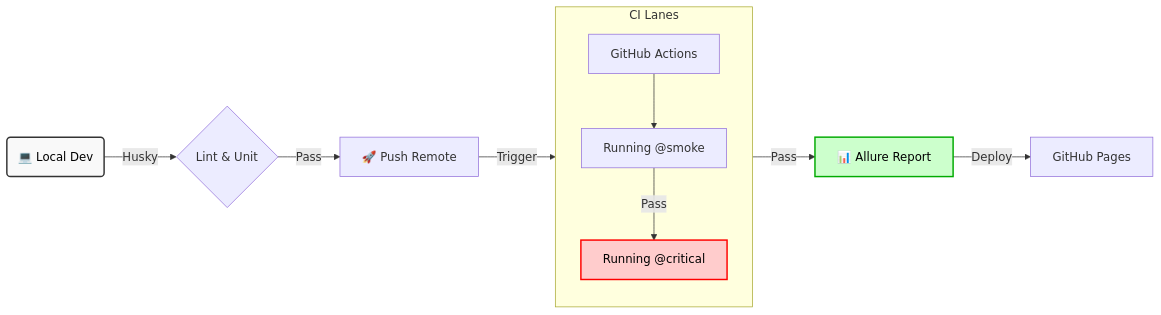
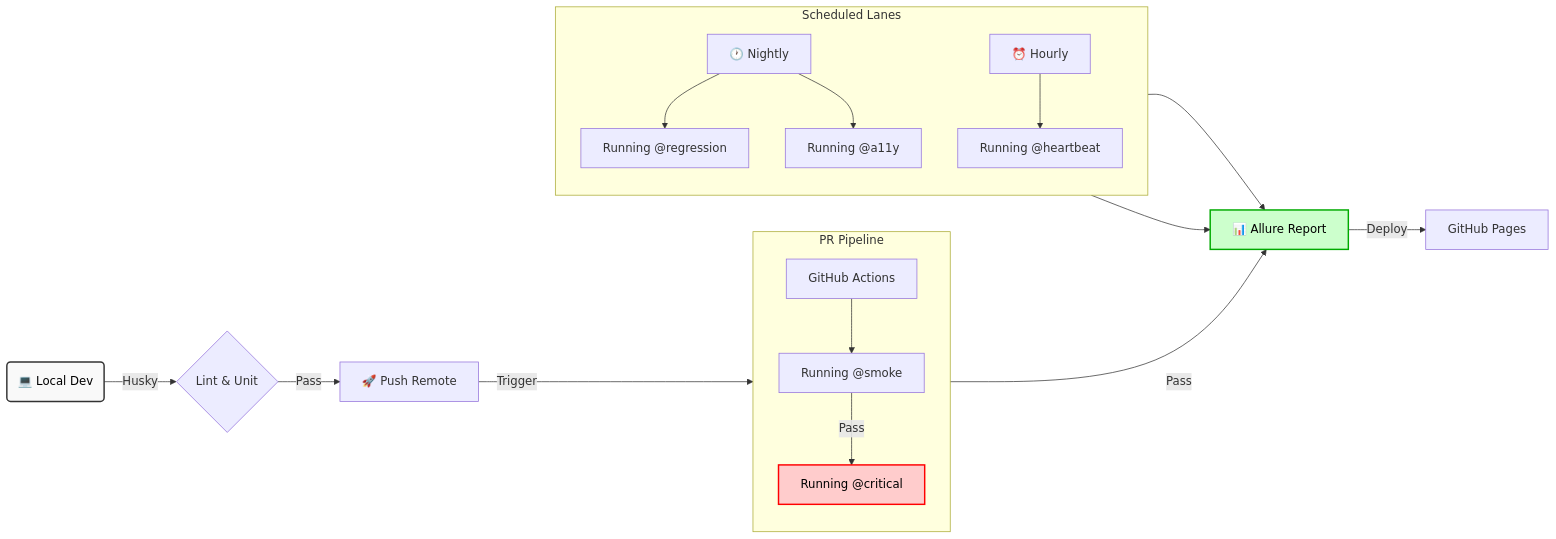
Before and after one commit to theRainMaker1001/QA-Automation-Suites: the second of 2 diagrams in docs/TECHNICAL-DESIGN.MD, drawn with Mermaid. The commit also changed other lines of this file and 3 other files, not shown here.

Commit message:
chore(docs) updated all MD docs to match latest architecture and added audit file

````diff
--- a/docs/TECHNICAL-DESIGN.MD
+++ b/docs/TECHNICAL-DESIGN.MD
@@ -137,19 +137,28 @@
 ```mermaid
 graph LR
     Local(💻 Local Dev) -->|Husky| Gate1{Lint & Unit}
     Gate1 -->|Pass| Push[🚀 Push Remote]
     Push -->|Trigger| CI[GitHub Actions]
     
-    subgraph "CI Lanes"
+    subgraph "PR Pipeline"
     direction TB
     CI --> Smoke[Running @smoke]
     Smoke -->|Pass| Critical[Running @critical]
     end
     
+    subgraph "Scheduled Lanes"
+    direction TB
+    Nightly[🕐 Nightly] --> Regression[Running @regression]
+    Nightly --> A11y[Running @a11y]
+    Hourly[⏰ Hourly] --> Heartbeat[Running @heartbeat]
+    end
+
     Critical -->|Pass| Report[📊 Allure Report]
+    Regression --> Report
+    A11y --> Report
     Report -->|Deploy| Pages[GitHub Pages]
 
     style Local fill:#f9f9f9,stroke:#333,stroke-width:2px,color:black
     style Critical fill:#ffcccc,stroke:#ff0000,stroke-width:2px,color:black
     style Report fill:#ccffcc,stroke:#00aa00,stroke-width:2px,color:black
 ```
````
